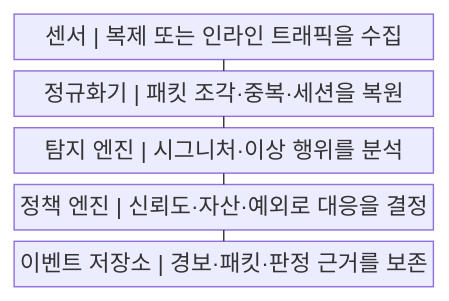
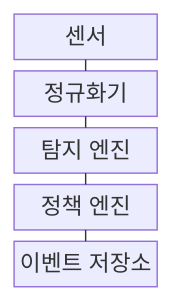
The first of 2 diagrams in src/content/docs/notes/04-network/021_ids_ips.md (agnusdei1207/knowledge-base), drawn with Mermaid before and after one commit. The commit also changed other lines of this file and 122 other files, not shown here.

````diff
--- a/src/content/docs/notes/04-network/021_ids_ips.md
+++ b/src/content/docs/notes/04-network/021_ids_ips.md
@@ -58,13 +58,13 @@
 ```mermaid
-block
+block-beta
     columns 1
-    A["센서 | 복제 또는 인라인 트래픽을 수집"]
-    B["정규화기 | 패킷 조각·중복·세션을 복원"]
-    C["탐지 엔진 | 시그니처·이상 행위를 분석"]
-    D["정책 엔진 | 신뢰도·자산·예외로 대응을 결정"]
-    E["이벤트 저장소 | 경보·패킷·판정 근거를 보존"]
+    A["센서"]
+    B["정규화기"]
+    C["탐지 엔진"]
+    D["정책 엔진"]
+    E["이벤트 저장소"]
     A --- B
     B --- C
     C --- D
     D --- E
 ```
````
